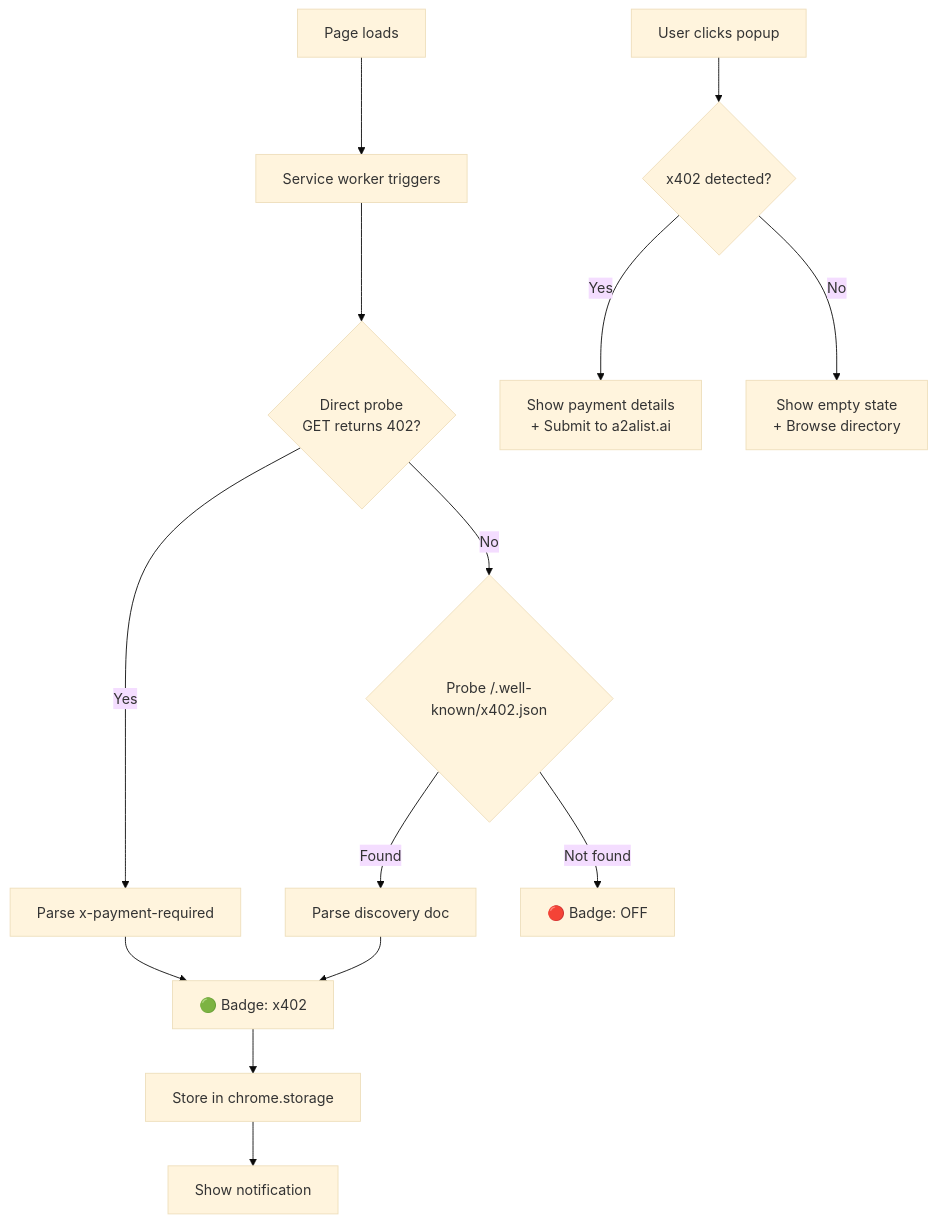
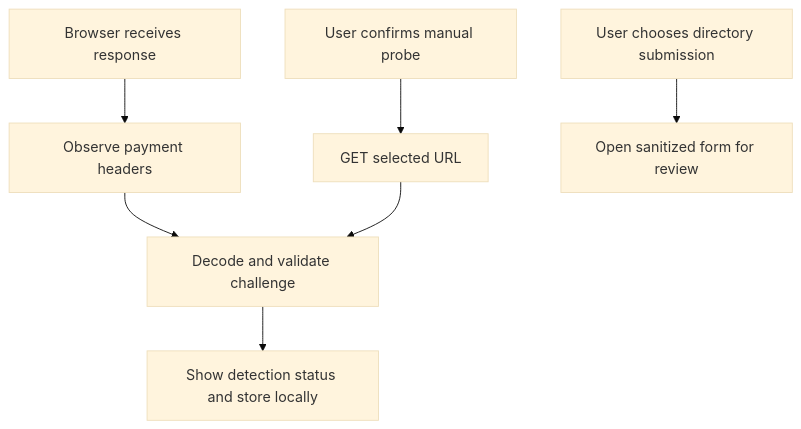
One commit to suryast/x402-check changed the fourth of 4 diagrams in README.md. Above: the diagram before and after it, drawn with Mermaid (base theme). The commit also changed other lines of this file and 37 other files, not shown here.

````diff
--- a/README.md
+++ b/README.md
@@ -344,17 +352,9 @@
 ```mermaid
 flowchart TD
-    A[Page loads] --> B[Service worker triggers]
-    B --> C{Direct probe<br/>GET returns 402?}
-    C -->|Yes| D[Parse x-payment-required]
-    C -->|No| E{Probe /.well-known/x402.json}
-    E -->|Found| F[Parse discovery doc]
-    E -->|Not found| G["🔴 Badge: OFF"]
-    D --> H["🟢 Badge: x402"]
-    F --> H
-    H --> I[Store in chrome.storage]
-    I --> J[Show notification]
-    
-    K[User clicks popup] --> L{x402 detected?}
-    L -->|Yes| M[Show payment details<br/>+ Submit to a2alist.ai]
-    L -->|No| N[Show empty state<br/>+ Browse directory]
+    A[Browser receives response] --> B[Observe payment headers]
+    B --> C[Decode and validate challenge]
+    C --> D[Show detection status and store locally]
+    E[User confirms manual probe] --> F[GET selected URL]
+    F --> C
+    G[User chooses directory submission] --> H[Open sanitized form for review]
 ```
````
